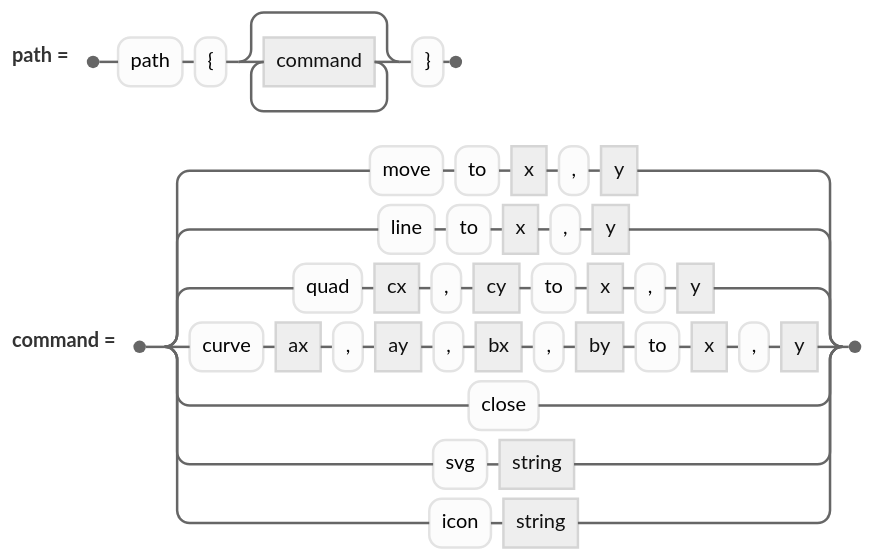
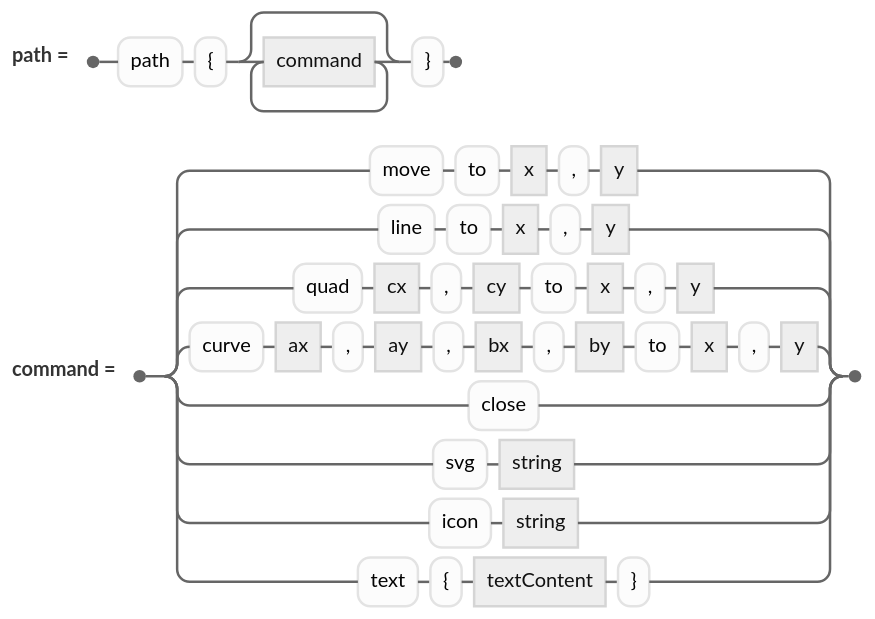
One commit to jskress/RayTracer changed the diagram in docs/diagrams/advanced/pathClause.mmd. Above: the diagram before and after it, drawn with Mermaid (neutral theme). The commit also changed 20 other files, not shown here.

```diff
--- a/docs/diagrams/advanced/pathClause.mmd
+++ b/docs/diagrams/advanced/pathClause.mmd
@@ -1,9 +1,10 @@
 railroad-ebnf-beta
 title "A 2D path"
 
 path = "path" "{" { command } "}" ;
 
 command = "move" "to" x "," y | "line" "to" x "," y
         | "quad" cx "," cy "to" x "," y
         | "curve" ax "," ay "," bx "," by "to" x "," y
-        | "close" | "svg" string | "icon" string ;
+        | "close" | "svg" string | "icon" string
+        | "text" "{" textContent "}" ;
```
